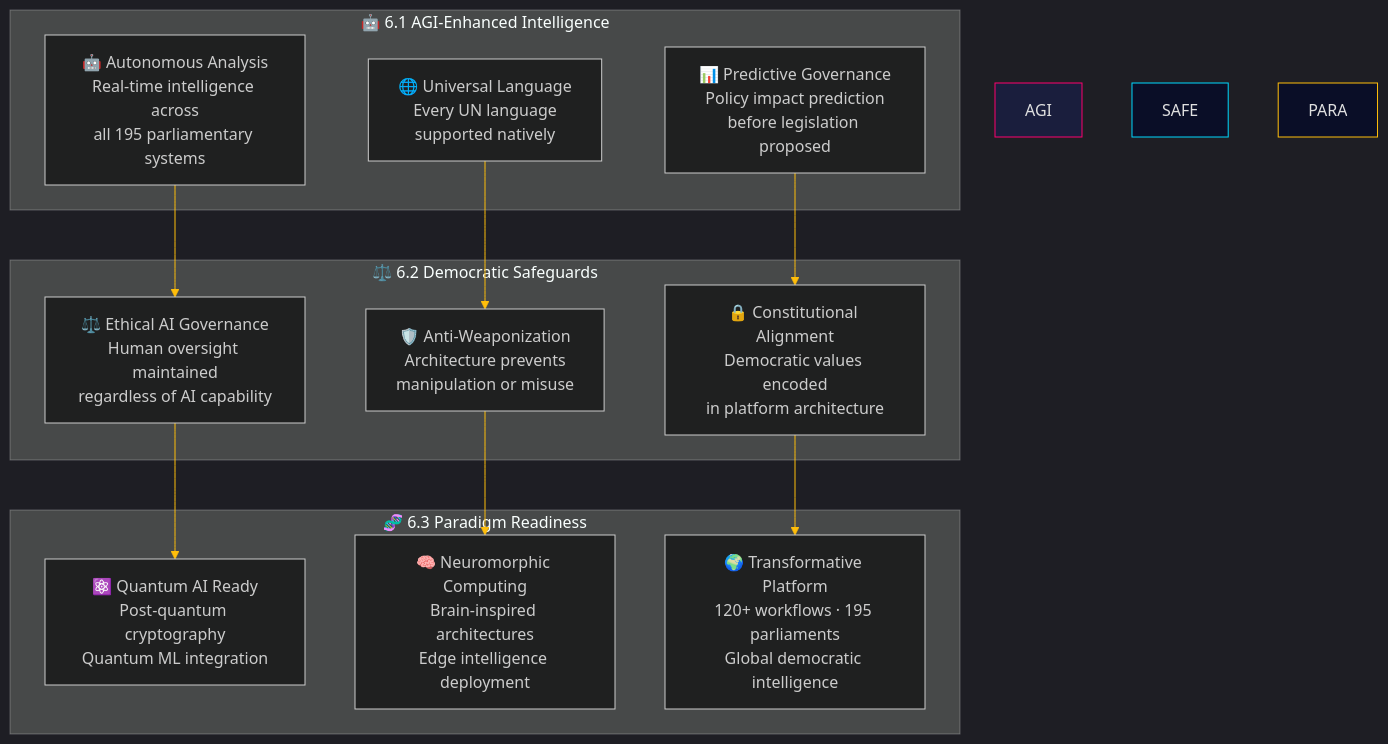
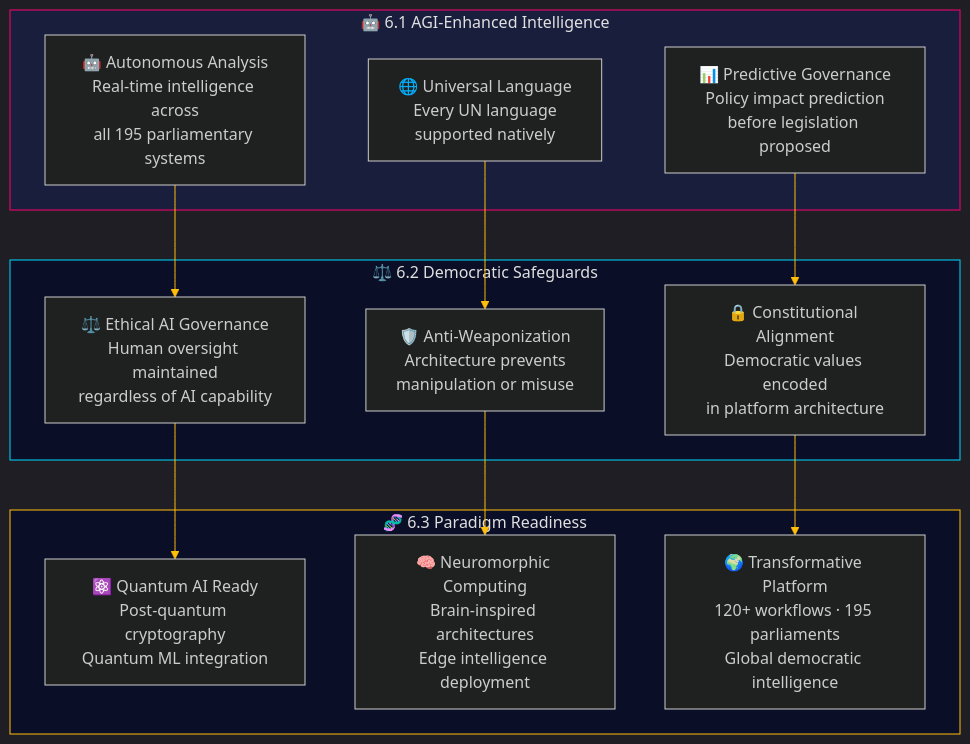
One commit to Hack23/riksdagsmonitor changed the fifth of 6 diagrams in README.md. Above: the diagram before and after it, drawn with Mermaid. The commit also changed other lines of this file, not shown here.

Commit message:
Address PR review: fix Mermaid subgraph IDs, UTC times, accurate article counts, and workflow clarifications

````diff
--- a/README.md
+++ b/README.md
@@ -854,28 +857,28 @@
 ```mermaid
 %%{init: {'theme': 'dark', 'themeVariables': {'primaryColor': '#ff006e', 'primaryTextColor': '#e0e0e0', 'primaryBorderColor': '#00d9ff', 'lineColor': '#ffbe0b', 'secondaryColor': '#1a1e3d', 'tertiaryColor': '#0a0e27'}}}%%
 graph TB
-    subgraph "🤖 6.1 AGI-Enhanced Intelligence"
-        style AGI fill:#1a1e3d,stroke:#ff006e,color:#e0e0e0
+    subgraph SGAGI["🤖 6.1 AGI-Enhanced Intelligence"]
+        style SGAGI fill:#1a1e3d,stroke:#ff006e,color:#e0e0e0
         AGI1["🤖 Autonomous Analysis<br/>Real-time intelligence across<br/>all 195 parliamentary systems"]
         AGI2["🌐 Universal Language<br/>Every UN language<br/>supported natively"]
         AGI3["📊 Predictive Governance<br/>Policy impact prediction<br/>before legislation proposed"]
     end
-    subgraph "⚖️ 6.2 Democratic Safeguards"
-        style SAFE fill:#0a0e27,stroke:#00d9ff,color:#e0e0e0
+    subgraph SGSAFE["⚖️ 6.2 Democratic Safeguards"]
+        style SGSAFE fill:#0a0e27,stroke:#00d9ff,color:#e0e0e0
         SAFE1["⚖️ Ethical AI Governance<br/>Human oversight maintained<br/>regardless of AI capability"]
         SAFE2["🛡️ Anti-Weaponization<br/>Architecture prevents<br/>manipulation or misuse"]
         SAFE3["🔒 Constitutional Alignment<br/>Democratic values encoded<br/>in platform architecture"]
     end
-    subgraph "🧬 6.3 Paradigm Readiness"
-        style PARA fill:#0a0e27,stroke:#ffbe0b,color:#e0e0e0
+    subgraph SGPARA["🧬 6.3 Paradigm Readiness"]
+        style SGPARA fill:#0a0e27,stroke:#ffbe0b,color:#e0e0e0
         PARA1["⚛️ Quantum AI Ready<br/>Post-quantum cryptography<br/>Quantum ML integration"]
         PARA2["🧠 Neuromorphic Computing<br/>Brain-inspired architectures<br/>Edge intelligence deployment"]
         PARA3["🌍 Transformative Platform<br/>120+ workflows · 195 parliaments<br/>Global democratic intelligence"]
     end
     AGI1 --> SAFE1
     AGI2 --> SAFE2
     AGI3 --> SAFE3
     SAFE1 --> PARA1
     SAFE2 --> PARA2
     SAFE3 --> PARA3
 ```
````
